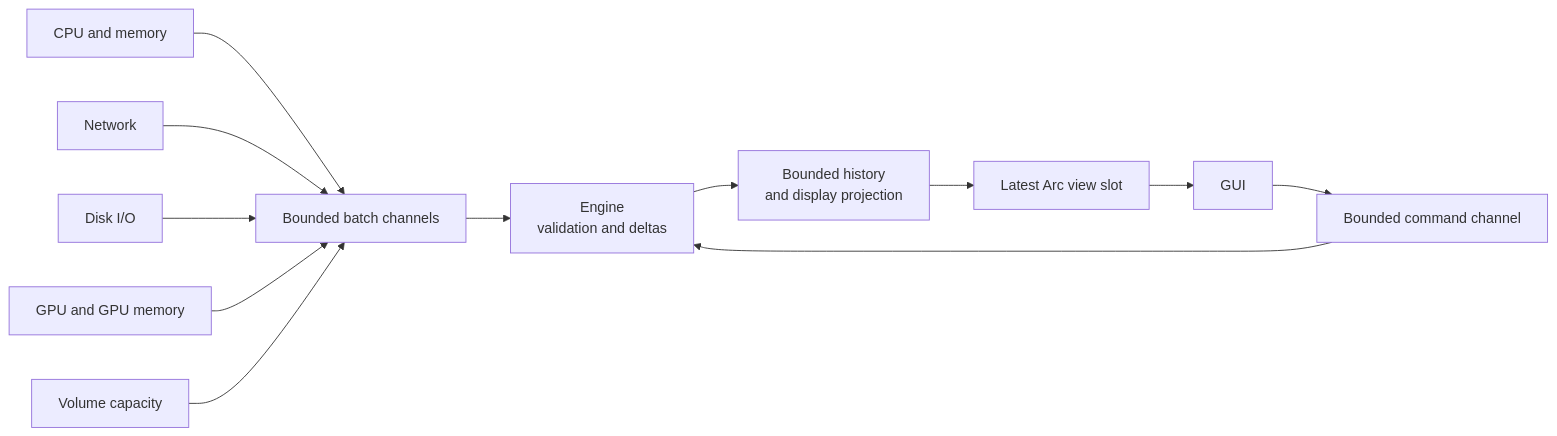
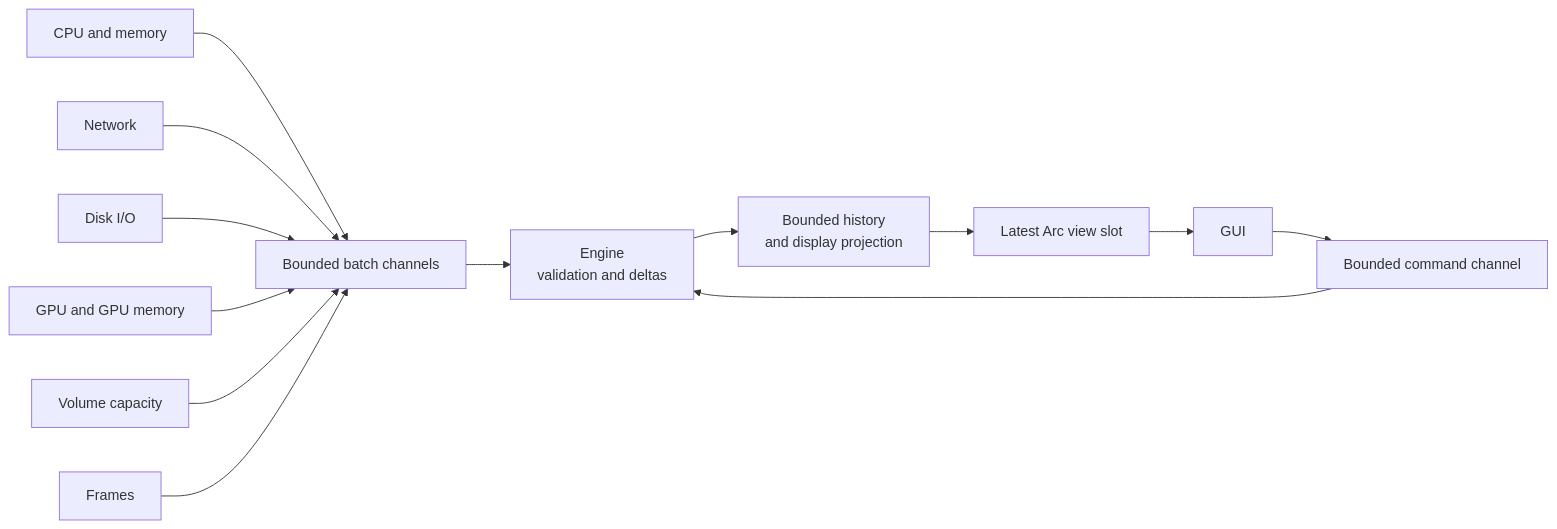
The second of 2 diagrams in README.md (lengyc-Code/qqq_monitor), drawn with Mermaid before and after one commit. The commit also changed other lines of this file and 38 other files, not shown here.

````diff
--- a/README.md
+++ b/README.md
@@ -205,14 +226,15 @@
 ```mermaid
 flowchart LR
     CPU[CPU and memory] --> CH[Bounded batch channels]
     NET[Network] --> CH
     DISK[Disk I/O] --> CH
     GPU[GPU and GPU memory] --> CH
     VOL[Volume capacity] --> CH
+    FRM[Frames] --> CH
     CH --> ENGINE[Engine<br>validation and deltas]
     ENGINE --> HISTORY[Bounded history<br>and display projection]
     HISTORY --> SLOT[Latest Arc view slot]
     SLOT --> UI[GUI]
     UI --> CMD[Bounded command channel]
     CMD --> ENGINE
 ```
````
